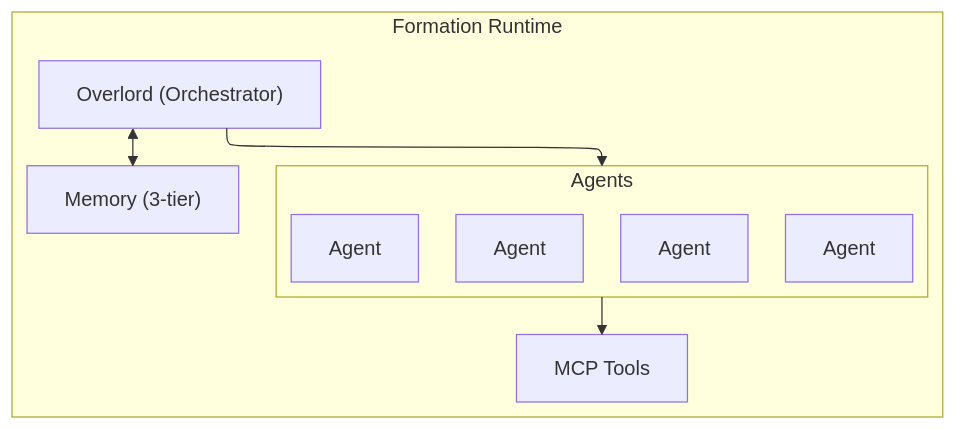
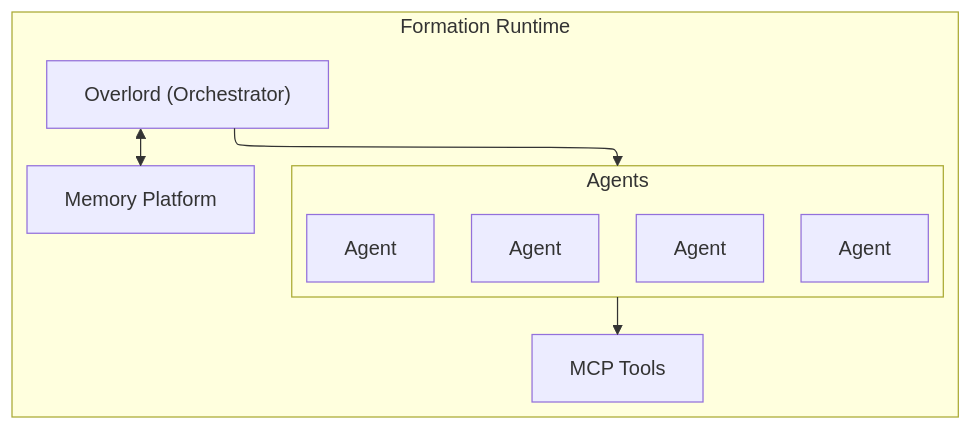
One commit to muxi-ai/muxi changed the third of 3 diagrams in docs/concepts/architecture.md. Above: the diagram before and after it, drawn with Mermaid. The commit also changed other lines of this file and 96 other files, not shown here.

````diff
--- a/docs/concepts/architecture.md
+++ b/docs/concepts/architecture.md
@@ -216,26 +216,26 @@
 ```mermaid
 ---
 config:
   layout: elk
   elk:
     nodePlacementStrategy: LINEAR_SEGMENTS
 ---
 flowchart TB
     subgraph Formation["Formation Runtime"]
         Overlord["Overlord (Orchestrator)"]
-        Memory["Memory (3-tier)"]
+        Memory["Memory Platform"]
 
         subgraph Agents
             A1[Agent]
             A2[Agent]
             A3[Agent]
             A4[Agent]
         end
 
         Tools[MCP Tools]
 
         Overlord <--> Memory
         Overlord --> Agents
         Agents --> Tools
     end
 ```
````
